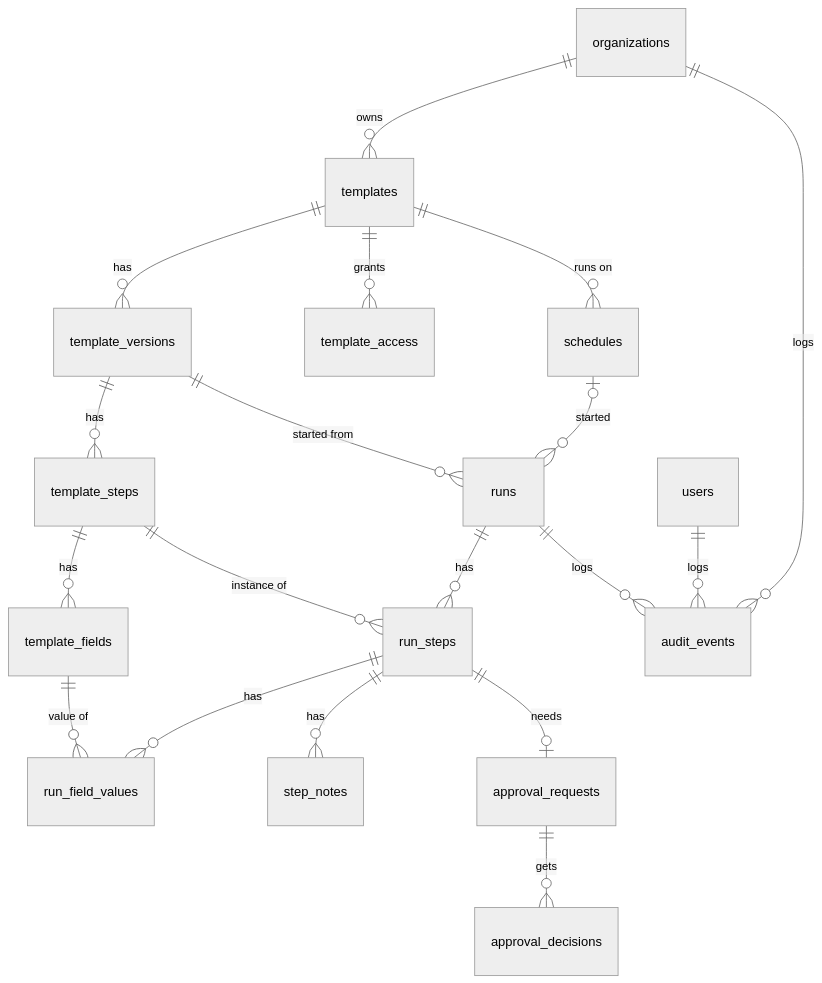
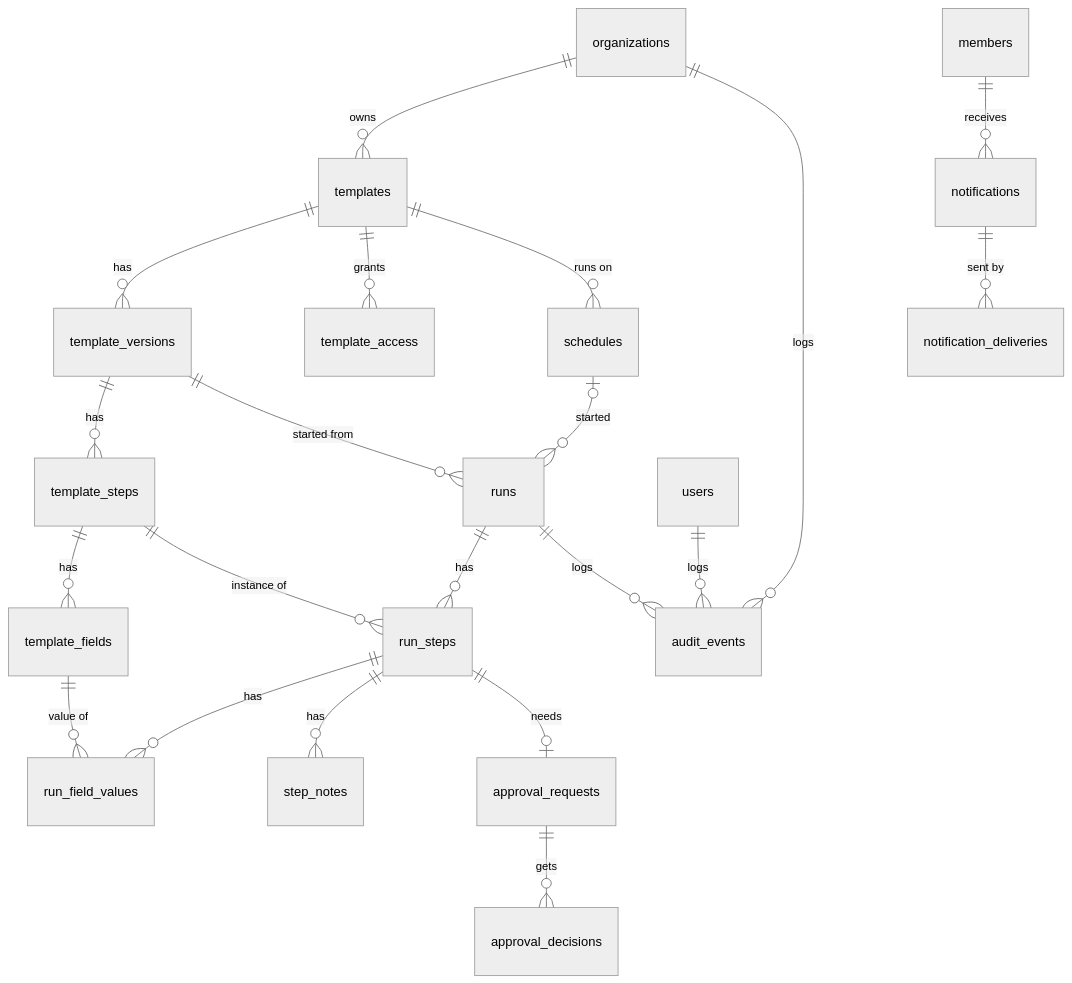
One commit to binaryoverload/checklog changed the diagram in docs/plans/db-structure.md. Above: the diagram before and after it, drawn with Mermaid (neutral theme). The commit also changed other lines of this file and 1 other file, not shown here.

Commit message:
docs: plan notifications and deliveries, tick off the schema

````diff
--- a/docs/plans/db-structure.md
+++ b/docs/plans/db-structure.md
@@ -134,21 +147,23 @@
 ```mermaid
 erDiagram
   organizations ||--o{ templates : owns
   templates ||--o{ template_versions : has
   template_versions ||--o{ template_steps : has
   template_steps ||--o{ template_fields : has
   templates ||--o{ template_access : grants
   templates ||--o{ schedules : "runs on"
   template_versions ||--o{ runs : "started from"
   schedules |o--o{ runs : started
   runs ||--o{ run_steps : has
   template_steps ||--o{ run_steps : "instance of"
   run_steps ||--o{ run_field_values : has
   template_fields ||--o{ run_field_values : "value of"
   run_steps ||--o{ step_notes : has
   run_steps ||--o| approval_requests : needs
   approval_requests ||--o{ approval_decisions : gets
+  members ||--o{ notifications : receives
+  notifications ||--o{ notification_deliveries : "sent by"
   organizations ||--o{ audit_events : logs
   runs ||--o{ audit_events : logs
   users ||--o{ audit_events : logs
 ```
````
